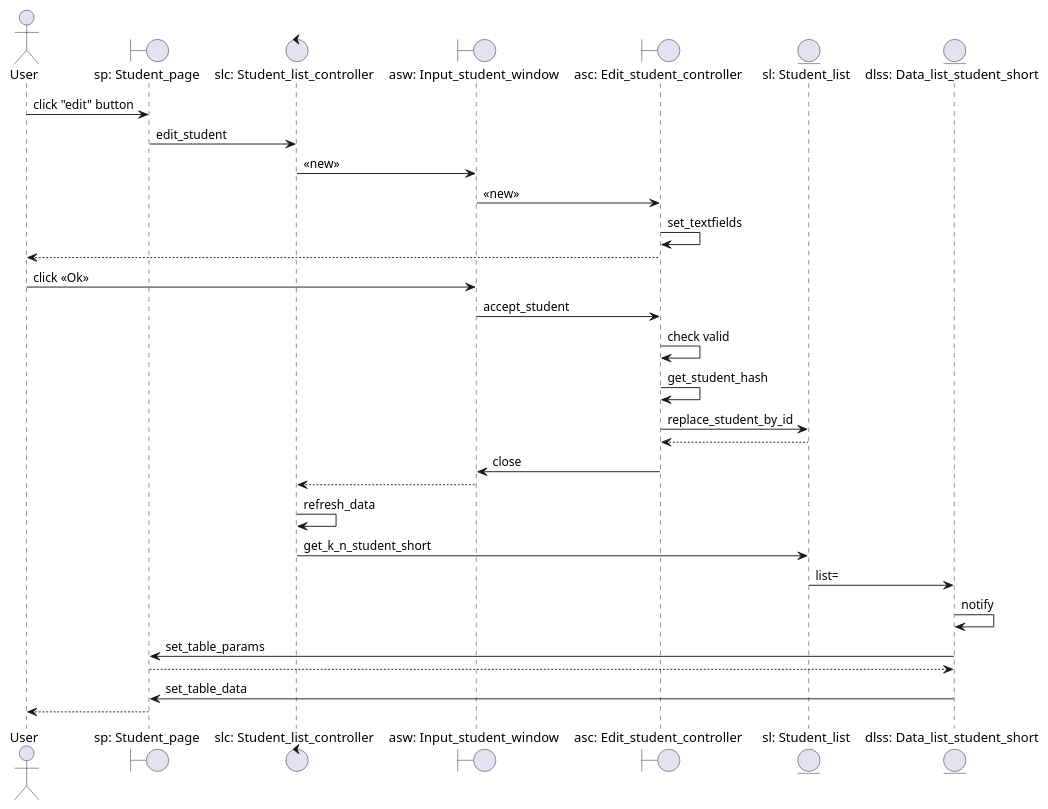
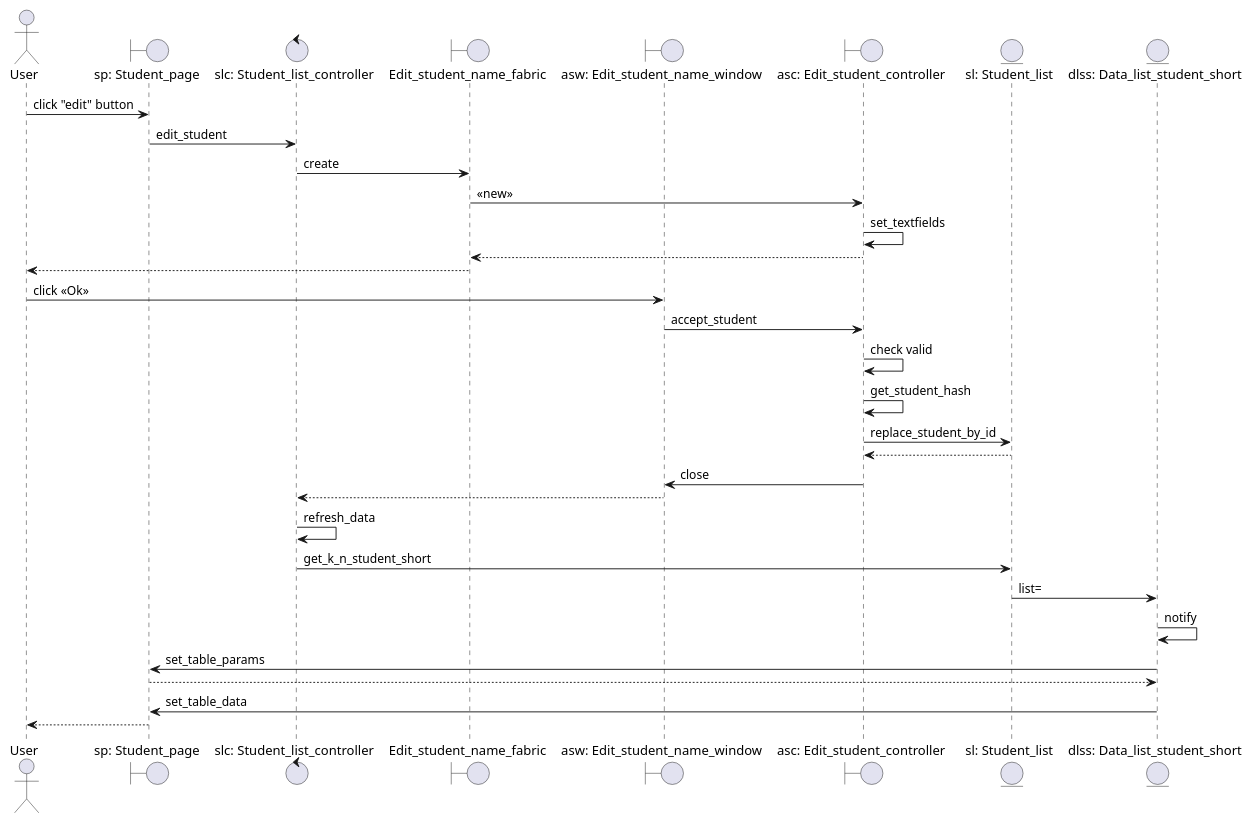
The diagram in Lab2/Student/diagrams/StudentSequence_edit.puml (VitalijGolovij/PatternProgLabs), drawn with PlantUML before and after one commit. The commit also changed 22 other files, not shown here.

```diff
--- a/Lab2/Student/diagrams/StudentSequence_edit.puml
+++ b/Lab2/Student/diagrams/StudentSequence_edit.puml
@@ -1,36 +1,38 @@
 @startuml
 'https://plantuml.com/sequence-diagram
 
 
 
 actor       User                                as user
 boundary    "sp: Student_page"                  as sp
 control     "slc: Student_list_controller"      as slc
-boundary    "asw: Input_student_window"           as asw
-boundary    "asc: Edit_student_controller"       as asc
+boundary    "Edit_student_name_fabric"          as esnf
+boundary    "asw: Edit_student_name_window"     as asw
+boundary    "asc: Edit_student_controller"      as asc
 entity      "sl: Student_list"                  as sl
 entity      "dlss: Data_list_student_short"     as dlss
 
 user -> sp : click "edit" button
 sp -> slc : edit_student
-slc -> asw : <<new>>
-asw -> asc : <<new>>
+slc -> esnf : create
+esnf -> asc : <<new>>
 asc -> asc : set_textfields
-user <-- asc :
+esnf <-- asc :
+user <-- esnf
 user -> asw : click <<Ok>>
 asw -> asc : accept_student
 asc -> asc :check valid
 asc -> asc :get_student_hash
 asc -> sl : replace_student_by_id
 asc <-- sl
 asw <- asc : close
 slc <-- asw
 slc -> slc :refresh_data
 slc -> sl : get_k_n_student_short
 sl -> dlss : list=
 dlss -> dlss : notify
 sp <- dlss : set_table_params
 sp --> dlss
 sp <- dlss : set_table_data
 user <-- sp
 @enduml
```
